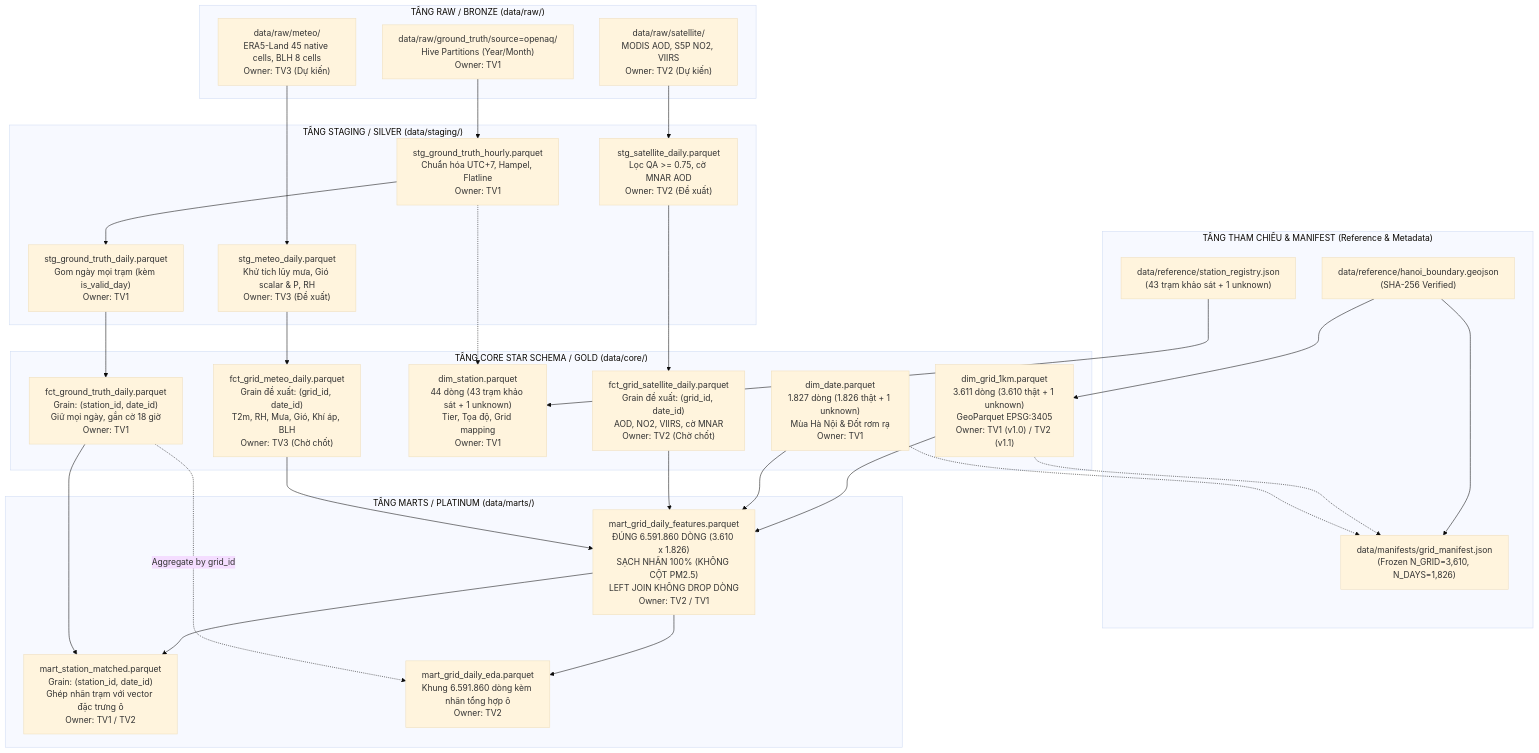
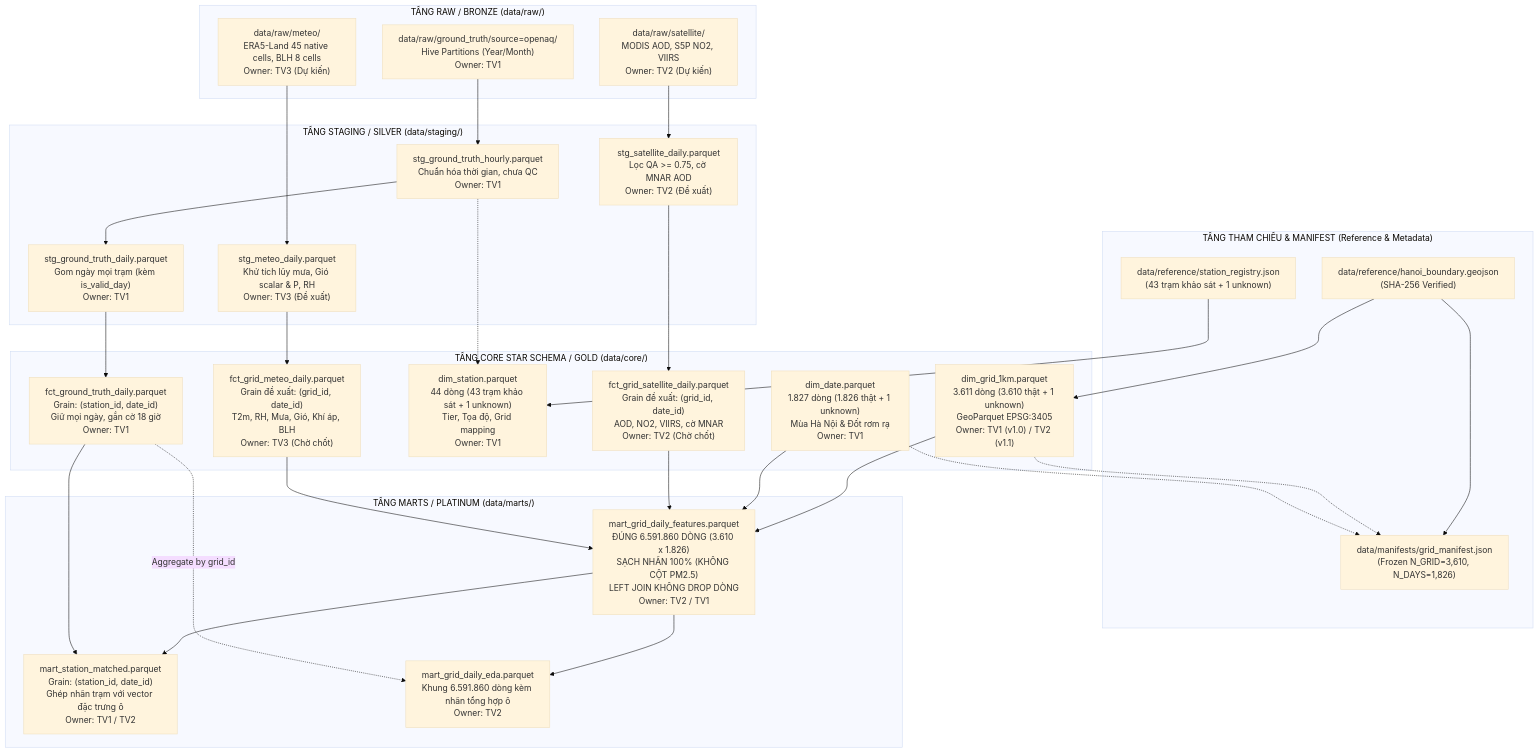
Before and after one commit to NguyenThinh06/hanoi_pm25: the diagram in docs/schema.md, drawn with Mermaid (base theme). The commit also changed other lines of this file and 8 other files, not shown here.

````diff
--- a/docs/schema.md
+++ b/docs/schema.md
@@ -45,60 +45,60 @@
 ```mermaid
 flowchart TD
     subgraph S_REF ["TẦNG THAM CHIẾU & MANIFEST (Reference & Metadata)"]
         R1["data/reference/hanoi_boundary.geojson<br/>(SHA-256 Verified)"]
         R2["data/manifests/grid_manifest.json<br/>(Frozen N_GRID=3,610, N_DAYS=1,826)"]
         R3["data/reference/station_registry.json<br/>(43 trạm khảo sát + 1 unknown)"]
     end
 
     subgraph S_RAW ["TẦNG RAW / BRONZE (data/raw/)"]
         RAW_STN["data/raw/ground_truth/source=openaq/<br/>Hive Partitions (Year/Month)<br/>Owner: TV1"]
         RAW_SAT["data/raw/satellite/<br/>MODIS AOD, S5P NO2, VIIRS<br/>Owner: TV2 (Dự kiến)"]
         RAW_MET["data/raw/meteo/<br/>ERA5-Land 45 native cells, BLH 8 cells<br/>Owner: TV3 (Dự kiến)"]
     end
 
     subgraph S_STG ["TẦNG STAGING / SILVER (data/staging/)"]
-        STG_HR["stg_ground_truth_hourly.parquet<br/>Chuẩn hóa UTC+7, Hampel, Flatline<br/>Owner: TV1"]
+        STG_HR["stg_ground_truth_hourly.parquet<br/>Chuẩn hóa thời gian, chưa QC<br/>Owner: TV1"]
         STG_STN_D["stg_ground_truth_daily.parquet<br/>Gom ngày mọi trạm (kèm is_valid_day)<br/>Owner: TV1"]
         STG_SAT_D["stg_satellite_daily.parquet<br/>Lọc QA >= 0.75, cờ MNAR AOD<br/>Owner: TV2 (Đề xuất)"]
         STG_MET_D["stg_meteo_daily.parquet<br/>Khử tích lũy mưa, Gió scalar & P, RH<br/>Owner: TV3 (Đề xuất)"]
     end
 
     subgraph S_CORE ["TẦNG CORE STAR SCHEMA / GOLD (data/core/)"]
         DIM_G["dim_grid_1km.parquet<br/>3.611 dòng (3.610 thật + 1 unknown)<br/>GeoParquet EPSG:3405<br/>Owner: TV1 (v1.0) / TV2 (v1.1)"]
         DIM_D["dim_date.parquet<br/>1.827 dòng (1.826 thật + 1 unknown)<br/>Mùa Hà Nội & Đốt rơm rạ<br/>Owner: TV1"]
         DIM_S["dim_station.parquet<br/>44 dòng (43 trạm khảo sát + 1 unknown)<br/>Tier, Tọa độ, Grid mapping<br/>Owner: TV1"]
         FCT_GT["fct_ground_truth_daily.parquet<br/>Grain: (station_id, date_id)<br/>Giữ mọi ngày, gắn cờ 18 giờ<br/>Owner: TV1"]
         FCT_SAT["fct_grid_satellite_daily.parquet<br/>Grain đề xuất: (grid_id, date_id)<br/>AOD, NO2, VIIRS, cờ MNAR<br/>Owner: TV2 (Chờ chốt)"]
         FCT_MET["fct_grid_meteo_daily.parquet<br/>Grain đề xuất: (grid_id, date_id)<br/>T2m, RH, Mưa, Gió, Khí áp, BLH<br/>Owner: TV3 (Chờ chốt)"]
     end
 
     subgraph S_MARTS ["TẦNG MARTS / PLATINUM (data/marts/)"]
         MART_FEAT["mart_grid_daily_features.parquet<br/>ĐÚNG 6.591.860 DÒNG (3.610 x 1.826)<br/>SẠCH NHÃN 100% (KHÔNG CỘT PM2.5)<br/>LEFT JOIN KHÔNG DROP DÒNG<br/>Owner: TV2 / TV1"]
         MART_MATCH["mart_station_matched.parquet<br/>Grain: (station_id, date_id)<br/>Ghép nhãn trạm với vector đặc trưng ô<br/>Owner: TV1 / TV2"]
         MART_EDA["mart_grid_daily_eda.parquet<br/>Khung 6.591.860 dòng kèm nhãn tổng hợp ô<br/>Owner: TV2"]
     end
 
     %% Pipeline linkages
     R1 --> DIM_G
     R1 --> R2
     DIM_G -.-> R2
     DIM_D -.-> R2
 
     RAW_STN --> STG_HR --> STG_STN_D --> FCT_GT
     R3 --> DIM_S
     STG_HR -.-> DIM_S
 
     RAW_SAT --> STG_SAT_D --> FCT_SAT
     RAW_MET --> STG_MET_D --> FCT_MET
 
     DIM_G --> MART_FEAT
     DIM_D --> MART_FEAT
     FCT_SAT --> MART_FEAT
     FCT_MET --> MART_FEAT
 
     MART_FEAT --> MART_MATCH
     FCT_GT --> MART_MATCH
 
     MART_FEAT --> MART_EDA
     FCT_GT -.->|Aggregate by grid_id| MART_EDA
 ```
````
